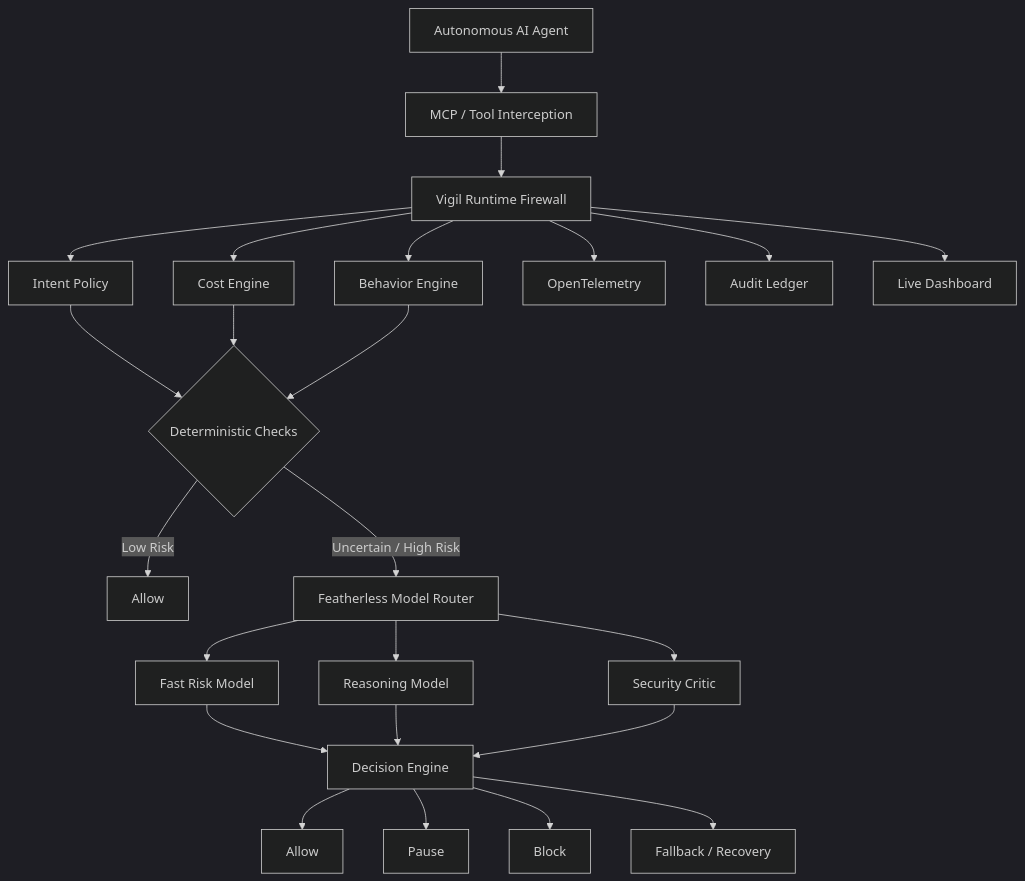
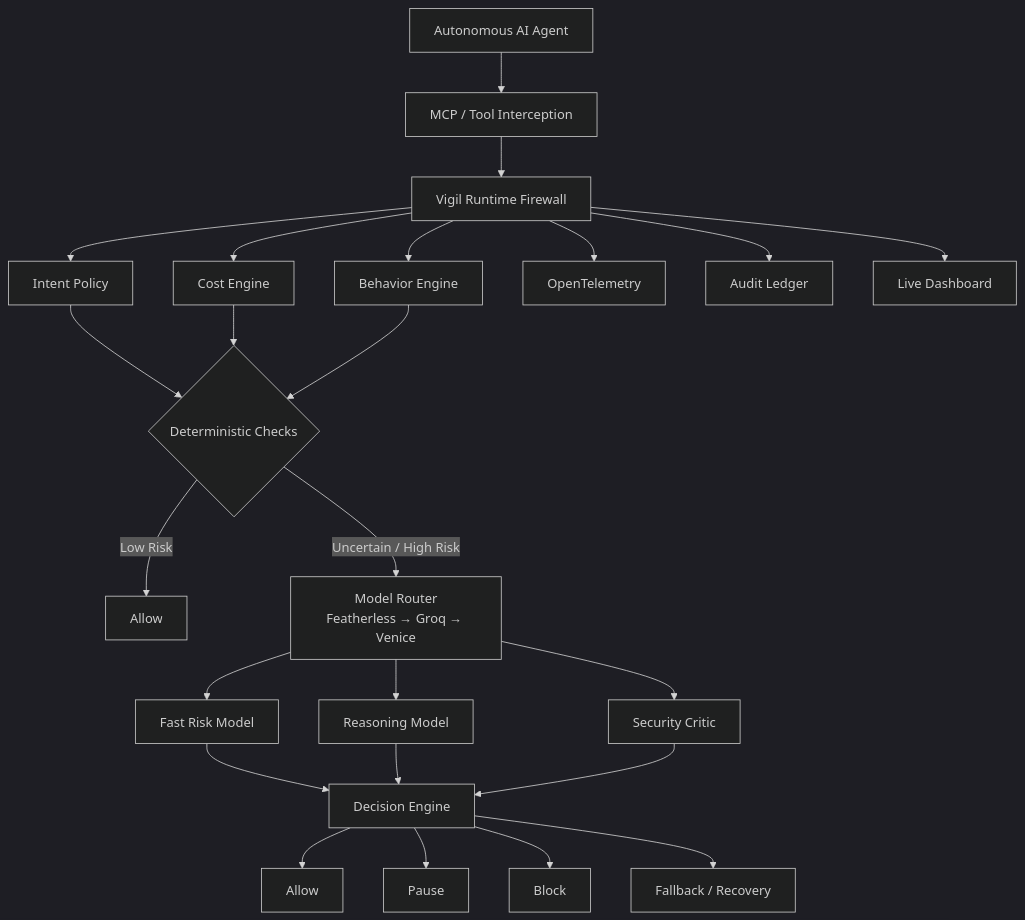
Before and after one commit to LSUDOKO/Vigil: the first of 3 diagrams in README.md, drawn with Mermaid (dark theme). The commit also changed other lines of this file and 3 other files, not shown here.

````diff
--- a/README.md
+++ b/README.md
@@ -125,33 +125,33 @@
 ```mermaid
 flowchart TD
     A[Autonomous AI Agent] --> B[MCP / Tool Interception]
     B --> C[Vigil Runtime Firewall]
 
     C --> D[Intent Policy]
     C --> E[Cost Engine]
     C --> F[Behavior Engine]
 
     D --> G{Deterministic Checks}
     E --> G
     F --> G
 
     G -->|Low Risk| H[Allow]
-    G -->|Uncertain / High Risk| I[Featherless Model Router]
+    G -->|Uncertain / High Risk| I["Model Router<br/>Featherless → Groq → Venice"]
 
     I --> J[Fast Risk Model]
     I --> K[Reasoning Model]
     I --> L[Security Critic]
 
     J --> M[Decision Engine]
     K --> M
     L --> M
 
     M --> N[Allow]
     M --> O[Pause]
     M --> P[Block]
     M --> Q[Fallback / Recovery]
 
     C --> R[OpenTelemetry]
     C --> S[Audit Ledger]
     C --> T[Live Dashboard]
 ```
````
